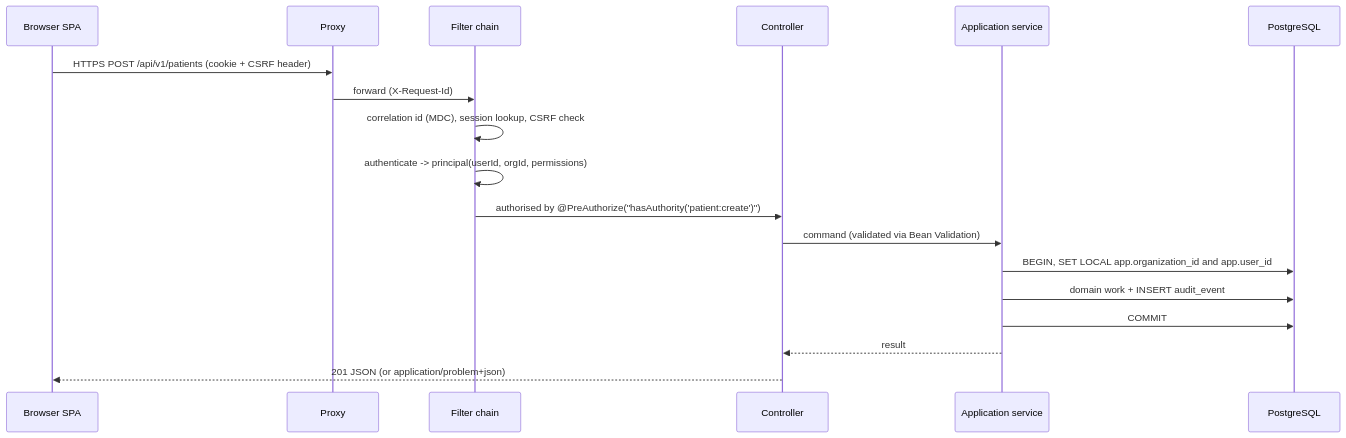
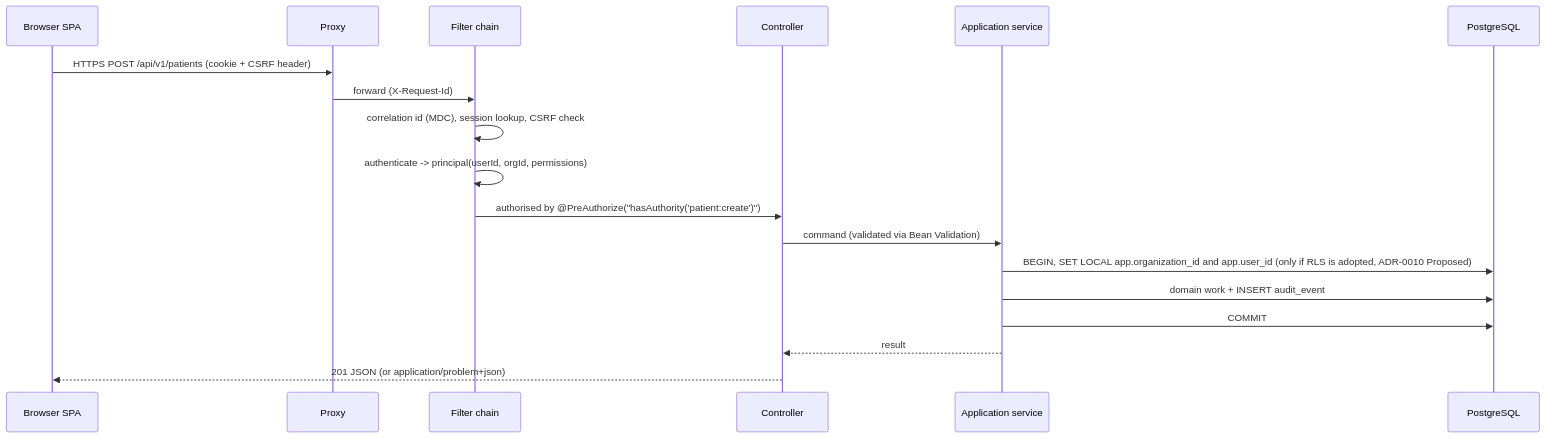
One commit to Samyak-Shreyash/hostpital-manager changed the fifth of 10 diagrams in docs/architecture/hld.md. Above: the diagram before and after it, drawn with Mermaid. The commit also changed other lines of this file and 4 other files, not shown here.

Commit message:
fix(docs): Clarify documentation on IDs, financial year, and time zone in various architecture files

````diff
--- a/docs/architecture/hld.md
+++ b/docs/architecture/hld.md
@@ -108,20 +108,20 @@
 ```mermaid
 sequenceDiagram
   participant B as Browser SPA
   participant P as Proxy
   participant F as Filter chain
   participant C as Controller
   participant S as Application service
   participant D as PostgreSQL
   B->>P: HTTPS POST /api/v1/patients (cookie + CSRF header)
   P->>F: forward (X-Request-Id)
   F->>F: correlation id (MDC), session lookup, CSRF check
   F->>F: authenticate -> principal(userId, orgId, permissions)
   F->>C: authorised by @PreAuthorize("hasAuthority('patient:create')")
   C->>S: command (validated via Bean Validation)
-  S->>D: BEGIN, SET LOCAL app.organization_id and app.user_id
+  S->>D: BEGIN, SET LOCAL app.organization_id and app.user_id (only if RLS is adopted, ADR-0010 Proposed)
   S->>D: domain work + INSERT audit_event
   S->>D: COMMIT
   S-->>C: result
   C-->>B: 201 JSON (or application/problem+json)
 ```
````
